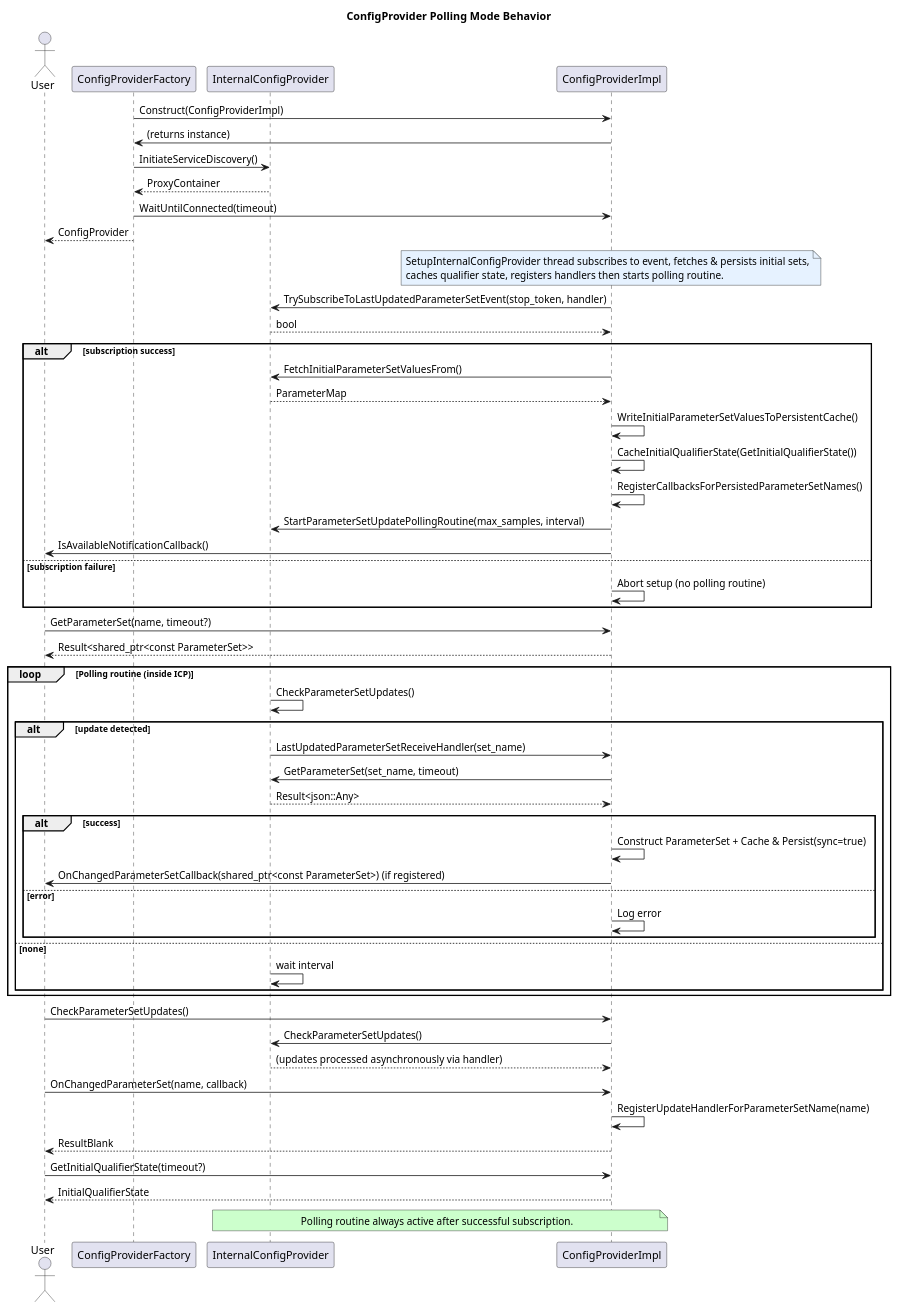
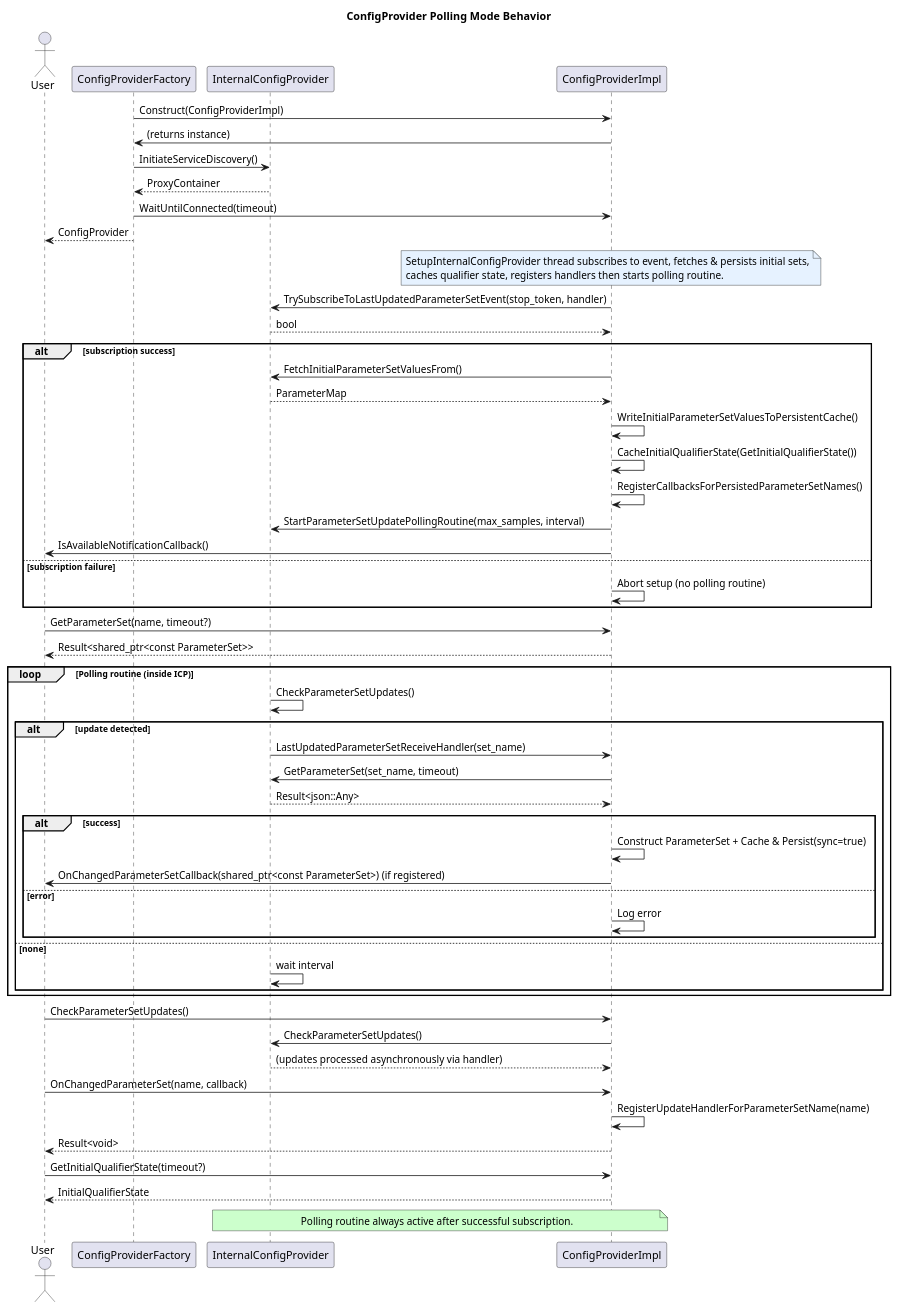
The diagram in score/config_management/config_provider/detailed_design/assets/polling_mode.puml (eclipse-score/config_management), drawn with PlantUML before and after one commit. The commit also changed 171 other files, not shown here.

```diff
--- a/score/config_management/config_provider/detailed_design/assets/polling_mode.puml
+++ b/score/config_management/config_provider/detailed_design/assets/polling_mode.puml
@@ -1,78 +1,78 @@
 @startuml PollingMode
 title ConfigProvider Polling Mode Behavior
 skinparam SequenceMessageAlignment left
 skinparam NoteBackgroundColor #E6F2FF
 skinparam BoxPadding 8
 
 actor User as UserBusinessLogic
 participant "ConfigProviderFactory" as CPF
 participant "InternalConfigProvider" as ICP
 participant "ConfigProviderImpl" as CP
 
 ' Factory creates provider (with polling params)
 CPF -> CP : Construct(ConfigProviderImpl)
 CP -> CPF : (returns instance)
 CPF -> ICP : InitiateServiceDiscovery()
 ICP --> CPF : ProxyContainer
 CPF -> CP : WaitUntilConnected(timeout)
 CPF --> UserBusinessLogic : ConfigProvider
 
 note over CP
 SetupInternalConfigProvider thread subscribes to event, fetches & persists initial sets,
 caches qualifier state, registers handlers then starts polling routine.
 end note
 
 CP -> ICP : TrySubscribeToLastUpdatedParameterSetEvent(stop_token, handler)
 ICP --> CP : bool
 alt subscription success
   CP -> ICP : FetchInitialParameterSetValuesFrom()
   ICP --> CP : ParameterMap
   CP -> CP : WriteInitialParameterSetValuesToPersistentCache()
   CP -> CP : CacheInitialQualifierState(GetInitialQualifierState())
   CP -> CP : RegisterCallbacksForPersistedParameterSetNames()
   CP -> ICP : StartParameterSetUpdatePollingRoutine(max_samples, interval)
   CP -> UserBusinessLogic : IsAvailableNotificationCallback()
 else subscription failure
   CP -> CP : Abort setup (no polling routine)
 end
 
 ' User retrieves cached set
 UserBusinessLogic -> CP : GetParameterSet(name, timeout?)
 CP --> UserBusinessLogic : Result<shared_ptr<const ParameterSet>>
 
 loop Polling routine (inside ICP)
   ICP -> ICP : CheckParameterSetUpdates()
   alt update detected
     ICP -> CP : LastUpdatedParameterSetReceiveHandler(set_name)
     CP -> ICP : GetParameterSet(set_name, timeout)
     ICP --> CP : Result<json::Any>
     alt success
       CP -> CP : Construct ParameterSet + Cache & Persist(sync=true)
       CP -> UserBusinessLogic : OnChangedParameterSetCallback(shared_ptr<const ParameterSet>) (if registered)
     else error
       CP -> CP : Log error
     end
   else none
     ICP -> ICP : wait interval
   end
 end
 
 ' Manual stimulation (user forces check)
 UserBusinessLogic -> CP : CheckParameterSetUpdates()
 CP -> ICP : CheckParameterSetUpdates()
 ICP --> CP : (updates processed asynchronously via handler)
 
 ' User subscribes for notifications
 UserBusinessLogic -> CP : OnChangedParameterSet(name, callback)
 CP -> CP : RegisterUpdateHandlerForParameterSetName(name)
-CP --> UserBusinessLogic : ResultBlank
+CP --> UserBusinessLogic : Result<void>
 
 ' Obtain cached InitialQualifierState
 UserBusinessLogic -> CP : GetInitialQualifierState(timeout?)
 CP --> UserBusinessLogic : InitialQualifierState
 
 note over CP, ICP #ccffcc
 Polling routine always active after successful subscription.
 end note
 
 @enduml
```
